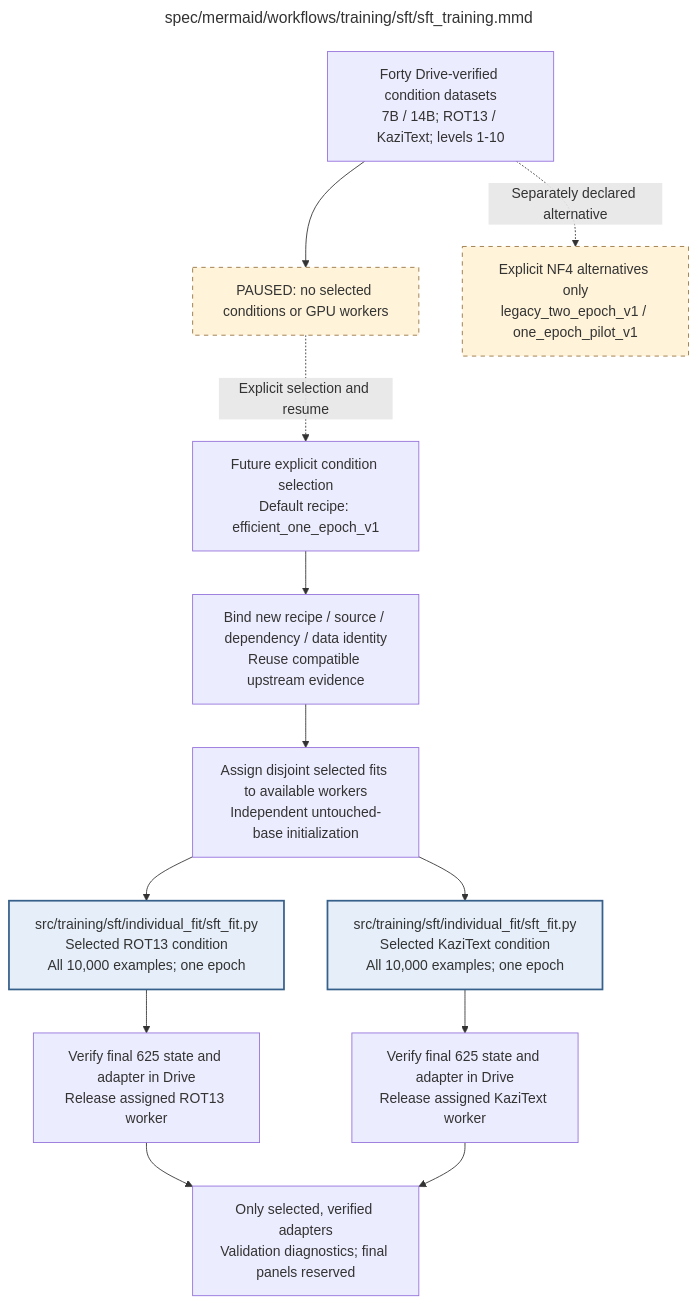
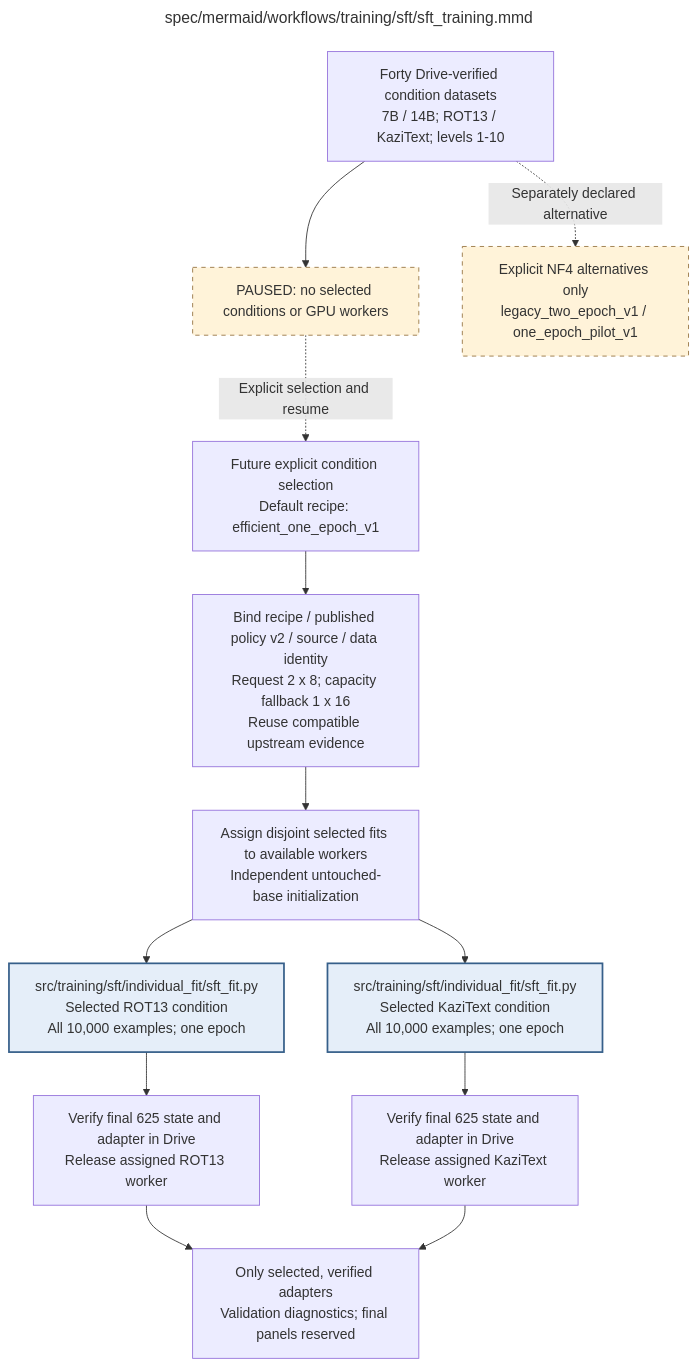
The diagram in docs/modules/training/sft/sft_training.md (AJUNNYC/inducing_persistent_textual_chain_of_thought_illegibility), drawn with Mermaid before and after one commit. The commit also changed other lines of this file and 26 other files, not shown here.

````diff
--- a/docs/modules/training/sft/sft_training.md
+++ b/docs/modules/training/sft/sft_training.md
@@ -83,43 +83,45 @@
 ```mermaid
 ---
 title: "spec/mermaid/workflows/training/sft/sft_training.mmd"
 ---
 flowchart TD
 %% Default efficient_one_epoch_v1 applies per explicitly selected fit.
 %% All forty conditions remain available; no model, family, level or GPU is selected.
 %% All training is PAUSED. No paid runtime allocation or benchmark campaign is implied.
 %% One epoch: all 10,000 examples once, 625 updates, cosine horizon 625, warmup 19.
 %% Declared baseline: BF16 base/head, exact full-gradient CCE, SDPA, plain AdamW.
 %% Completion-only per-example weighting, full 4096 targets, LoRA and effective batch remain fixed.
+%% Policy v2 requests physical 2 x 8; capacity fallback 1 x 16 retains effective 16.
+%% Fresh duplicate-longest capacity order: 2/off, 1/off, 2/on, 1/on; exact resume keeps actual mode.
 %% Legacy NF4 one/two-epoch recipes retain separate source/configuration/state identities.
 %% Historical PRO/A100 partial checkpoints remain archives, never new-recipe warm starts.
 %% Native startup guards are not yet executed; 14B speed/memory remain unmeasured.
 %% Child: ROTFIT => individual_fit/sft_fit.mmd
 %% Child: KAZFIT => individual_fit/sft_fit.mmd
     INPUT["Forty Drive-verified condition datasets<br/>7B / 14B; ROT13 / KaziText; levels 1-10"]
     PAUSE["PAUSED: no selected conditions or GPU workers"]
     SELECT["Future explicit condition selection<br/>Default recipe: efficient_one_epoch_v1"]
-    BIND["Bind new recipe / source / dependency / data identity<br/>Reuse compatible upstream evidence"]
+    BIND["Bind recipe / published policy v2 / source / data identity<br/>Request 2 x 8; capacity fallback 1 x 16<br/>Reuse compatible upstream evidence"]
     PLAN["Assign disjoint selected fits to available workers<br/>Independent untouched-base initialization"]
     ROTFIT["src/training/sft/individual_fit/sft_fit.py<br/>Selected ROT13 condition<br/>All 10,000 examples; one epoch"]
     KAZFIT["src/training/sft/individual_fit/sft_fit.py<br/>Selected KaziText condition<br/>All 10,000 examples; one epoch"]
     ROTDONE["Verify final 625 state and adapter in Drive<br/>Release assigned ROT13 worker"]
     KAZDONE["Verify final 625 state and adapter in Drive<br/>Release assigned KaziText worker"]
     OUT["Only selected, verified adapters<br/>Validation diagnostics; final panels reserved"]
     LEGACY["Explicit NF4 alternatives only<br/>legacy_two_epoch_v1 / one_epoch_pilot_v1"]
     INPUT --> PAUSE
     PAUSE -.->|Explicit selection and resume| SELECT --> BIND --> PLAN
     PLAN --> ROTFIT --> ROTDONE --> OUT
     PLAN --> KAZFIT --> KAZDONE --> OUT
     INPUT -.->|Separately declared alternative| LEGACY
     classDef detail fill:#e5eef9,stroke:#365f8a,stroke-width:2px
     class ROTFIT,KAZFIT detail
     classDef stop fill:#fff3d9,stroke:#95733f,stroke-dasharray:5 5
     class PAUSE,LEGACY stop
 
 %% Repository module: src/training/sft/sft_training.py
 %% Module documentation: docs/modules/training/sft/sft_training.md
 %% Unit test: tests/unit/training/sft/test_sft_training.py
 %% Owner: sft
 %% Source sections: C.2; E.1.1-E.1.3; E.2.2,E.2.5; authorized efficient redesign
 ```
````
